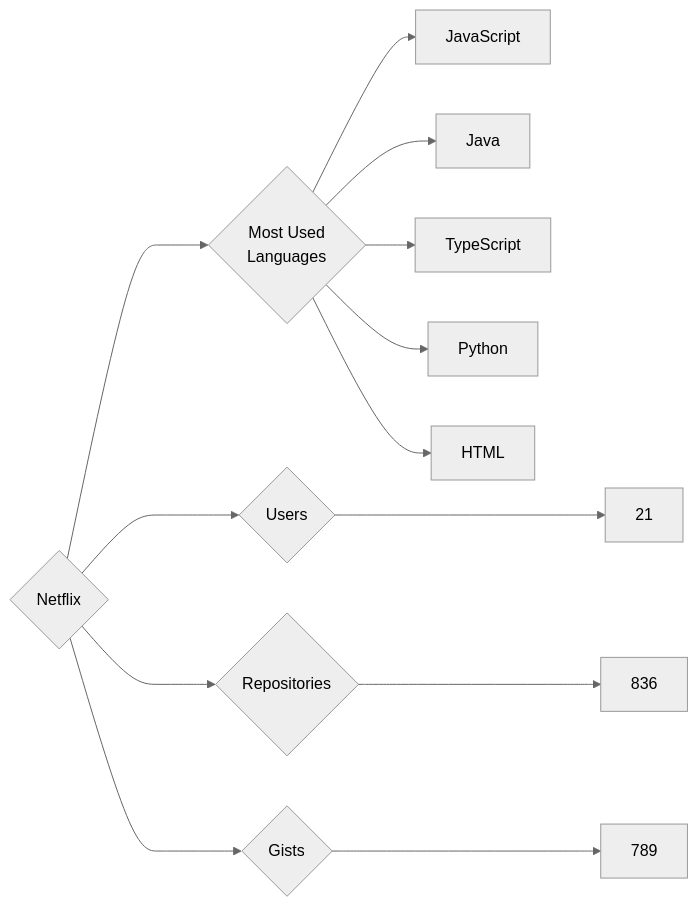
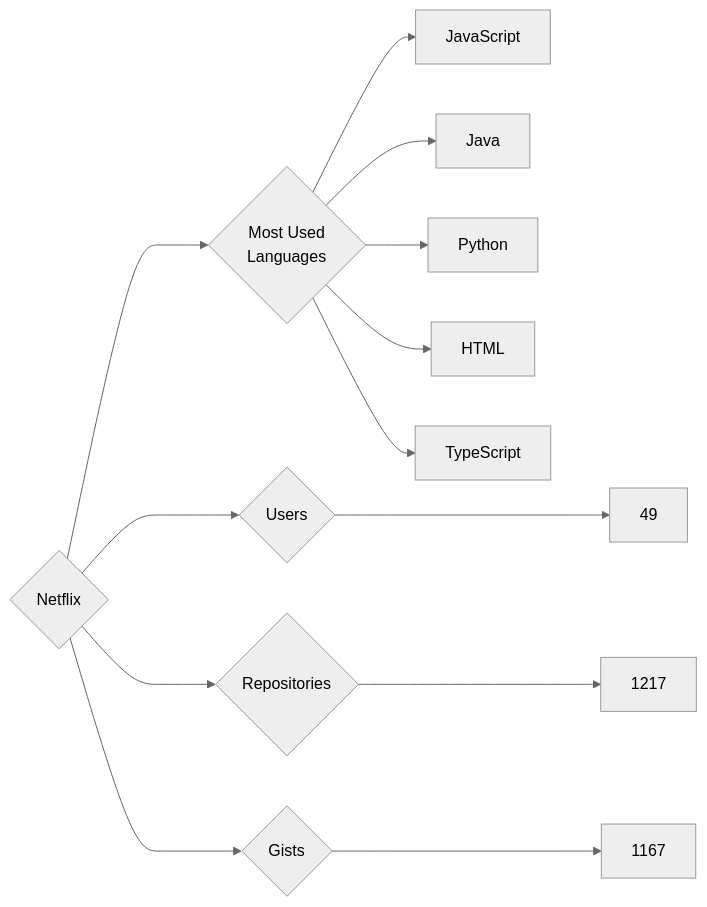
The diagram in targets/Netflix/README.md (trickest/insiders), drawn with Mermaid (neutral theme) before and after one commit. The commit also changed 886 other files, not shown here.

````diff
--- a/targets/Netflix/README.md
+++ b/targets/Netflix/README.md
@@ -3,13 +3,13 @@
 ```mermaid
 graph LR
 COMPANY_NAME{Netflix}
-COMPANY_NAME ---> U{Users} ---> UN[21]
-COMPANY_NAME ---> R{Repositories} ---> RN[836]
-COMPANY_NAME ---> G{Gists} ---> GN[789]
+COMPANY_NAME ---> U{Users} ---> UN[49]
+COMPANY_NAME ---> R{Repositories} ---> RN[1217]
+COMPANY_NAME ---> G{Gists} ---> GN[1167]
 COMPANY_NAME ---> ML{Most Used<br>Languages}
 ML --> JavaScript[JavaScript]
 ML --> Java[Java]
-ML --> TypeScript[TypeScript]
 ML --> Python[Python]
 ML --> HTML[HTML]
+ML --> TypeScript[TypeScript]
 ```
````
